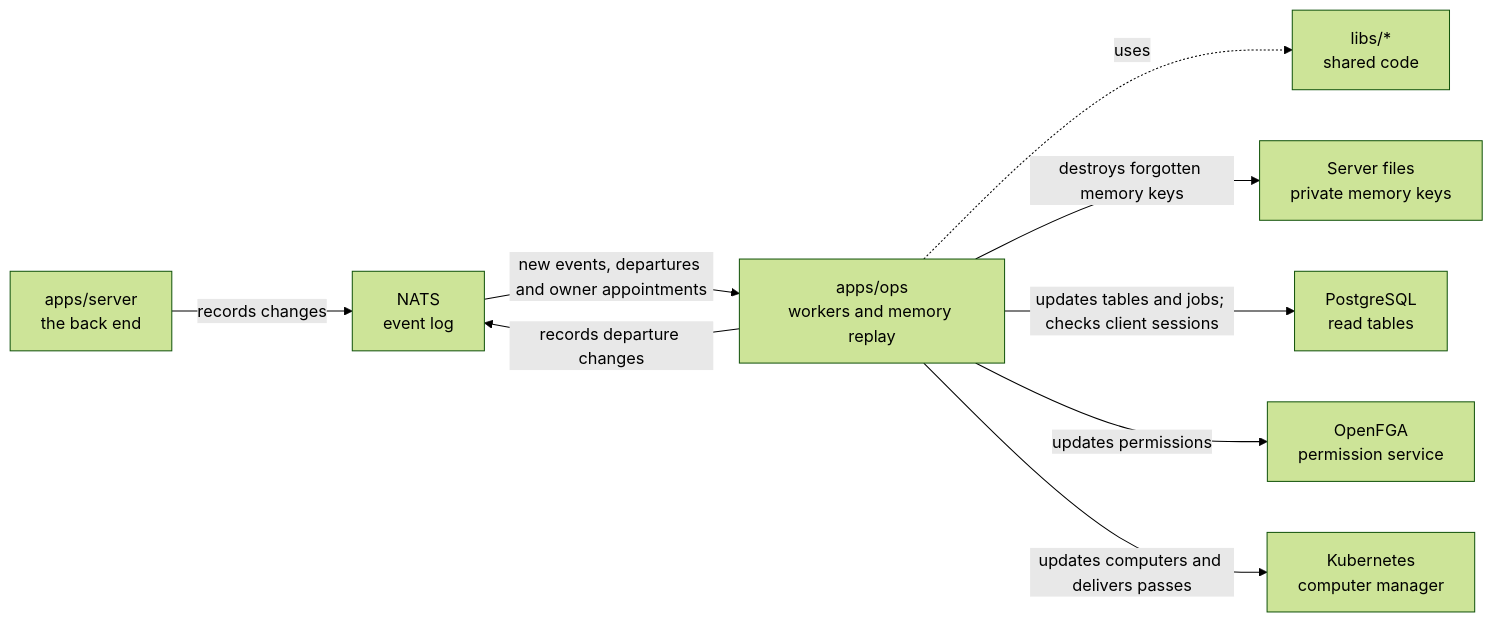
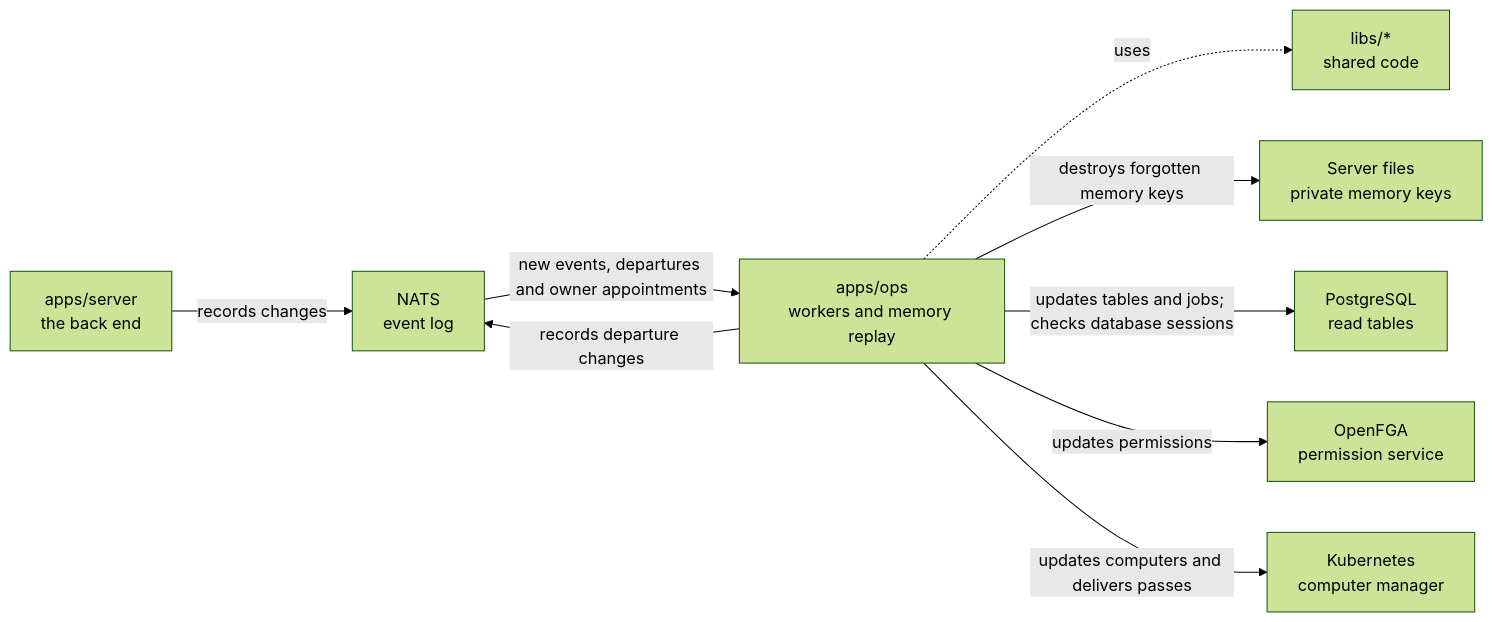
One commit to elewa-git/opencrane-new changed the diagram in apps/ops/README.md. Above: the diagram before and after it, drawn with Mermaid (forest theme). The commit also changed other lines of this file and 4 other files, not shown here.

````diff
--- a/apps/ops/README.md
+++ b/apps/ops/README.md
@@ -11,11 +11,11 @@
 ```mermaid
 flowchart LR
   server["apps/server<br/>the back end"] -->|records changes| nats["NATS<br/>event log"]
   nats -->|new events, departures and owner appointments| ops["apps/ops<br/>workers and memory replay"]
   ops -->|records departure changes| nats
   ops -.->|uses| libs["libs/*<br/>shared code"]
   ops -->|destroys forgotten memory keys| keys["Server files<br/>private memory keys"]
-  ops -->|updates tables and jobs; checks client sessions| postgres["PostgreSQL<br/>read tables"]
+  ops -->|updates tables and jobs; checks database sessions| postgres["PostgreSQL<br/>read tables"]
   ops -->|updates permissions| fga["OpenFGA<br/>permission service"]
   ops -->|updates computers and delivers passes| kube["Kubernetes<br/>computer manager"]
 ```
````
